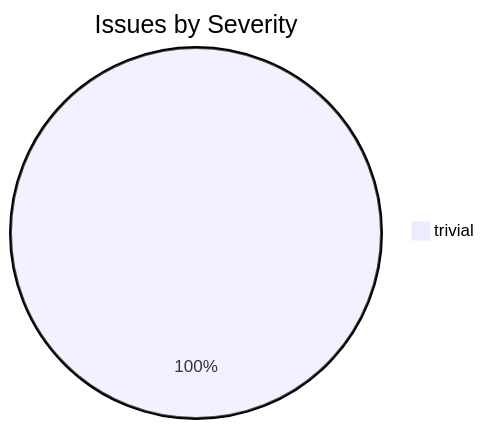
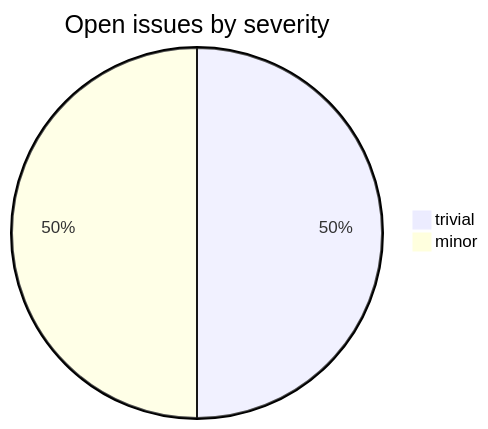
The second of 2 diagrams in README.md (sanskrit-lexicon/csl-newsletter), drawn with Mermaid before and after one commit. The commit also changed other lines of this file, not shown here.

````diff
--- a/README.md
+++ b/README.md
@@ -25,4 +36,5 @@
 ```mermaid
-pie title Issues by Severity
+pie title Open issues by severity
     "trivial" : 1
+    "minor" : 1
 ```
````
